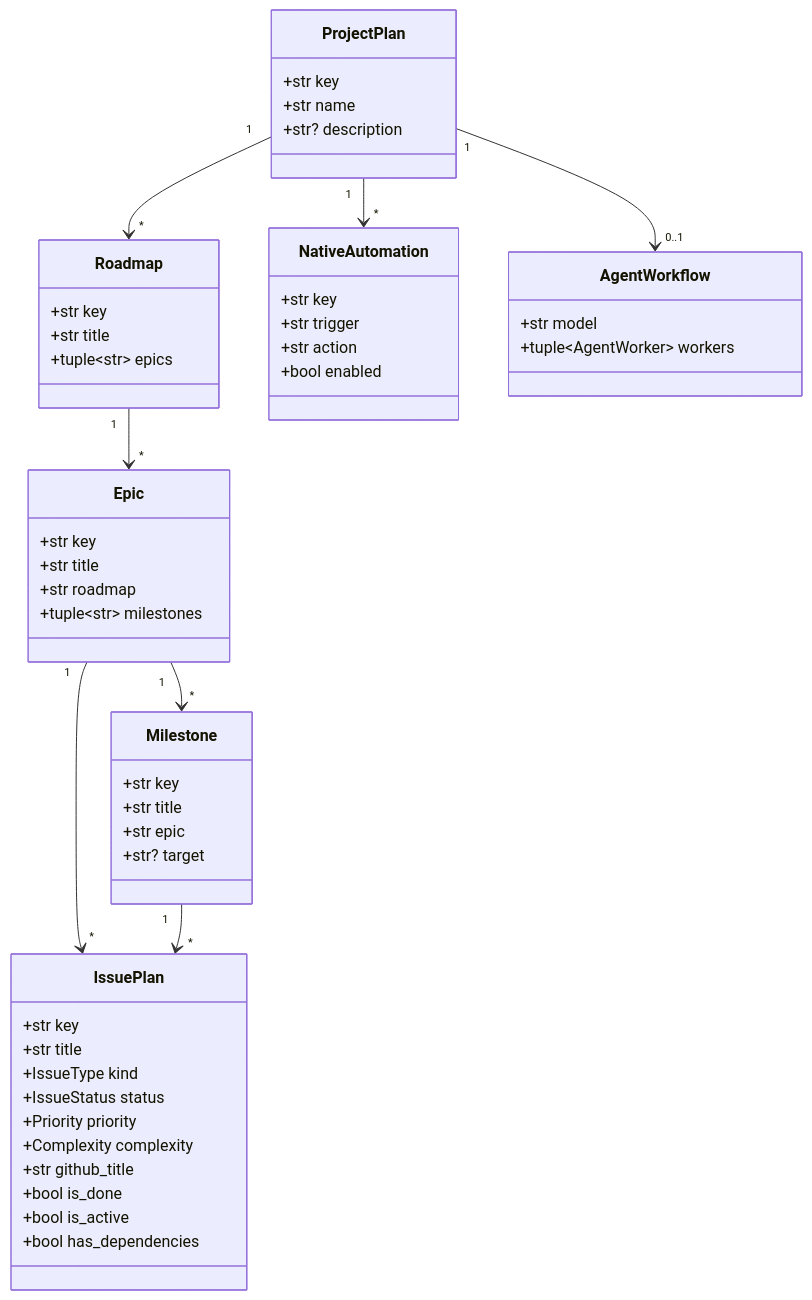
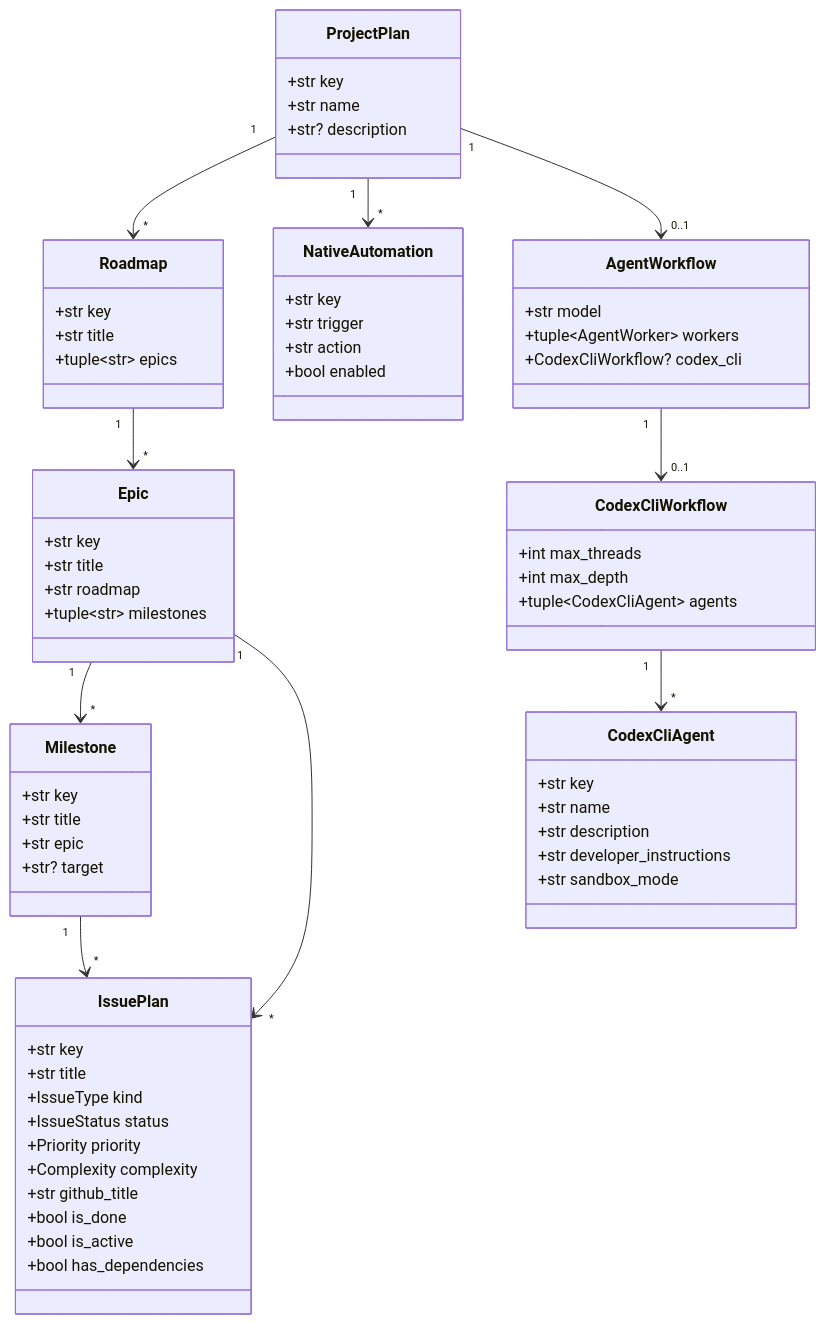
The second of 6 diagrams in docs/control-plane-configuration.md (kmosoti/blackcell), drawn with Mermaid before and after one commit. The commit also changed other lines of this file and 24 other files, not shown here.

Commit message:
BCP-0008 render Codex CLI agent workflow artifacts

````diff
--- a/docs/control-plane-configuration.md
+++ b/docs/control-plane-configuration.md
@@ -68,55 +68,70 @@
 ```mermaid
 classDiagram
     class ProjectPlan {
       +str key
       +str name
       +str? description
     }
     class Roadmap {
       +str key
       +str title
       +tuple~str~ epics
     }
     class Epic {
       +str key
       +str title
       +str roadmap
       +tuple~str~ milestones
     }
     class Milestone {
       +str key
       +str title
       +str epic
       +str? target
     }
     class IssuePlan {
       +str key
       +str title
       +IssueType kind
       +IssueStatus status
       +Priority priority
       +Complexity complexity
       +str github_title
       +bool is_done
       +bool is_active
       +bool has_dependencies
     }
     class NativeAutomation {
       +str key
       +str trigger
       +str action
       +bool enabled
     }
     class AgentWorkflow {
       +str model
       +tuple~AgentWorker~ workers
+      +CodexCliWorkflow? codex_cli
+    }
+    class CodexCliWorkflow {
+      +int max_threads
+      +int max_depth
+      +tuple~CodexCliAgent~ agents
+    }
+    class CodexCliAgent {
+      +str key
+      +str name
+      +str description
+      +str developer_instructions
+      +str sandbox_mode
     }
 
     ProjectPlan "1" --> "*" Roadmap
     Roadmap "1" --> "*" Epic
     Epic "1" --> "*" Milestone
     Epic "1" --> "*" IssuePlan
     Milestone "1" --> "*" IssuePlan
     ProjectPlan "1" --> "*" NativeAutomation
     ProjectPlan "1" --> "0..1" AgentWorkflow
+    AgentWorkflow "1" --> "0..1" CodexCliWorkflow
+    CodexCliWorkflow "1" --> "*" CodexCliAgent
 ```
````
